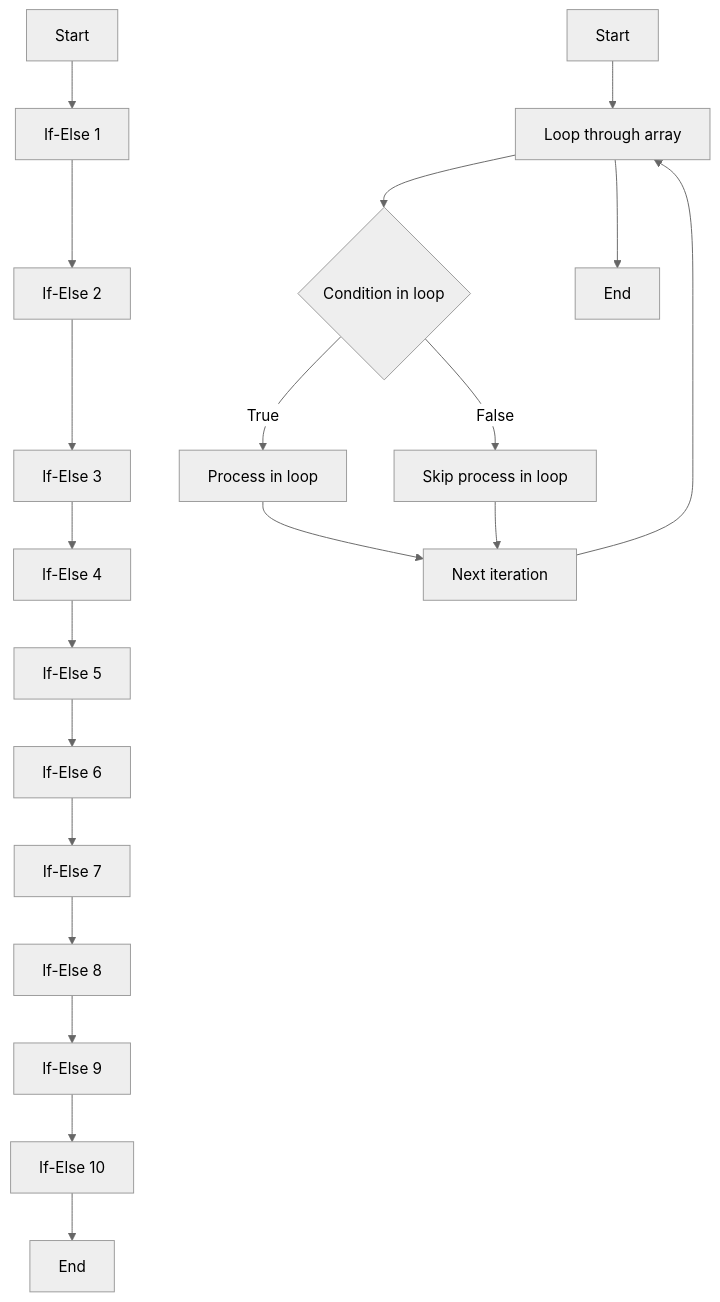
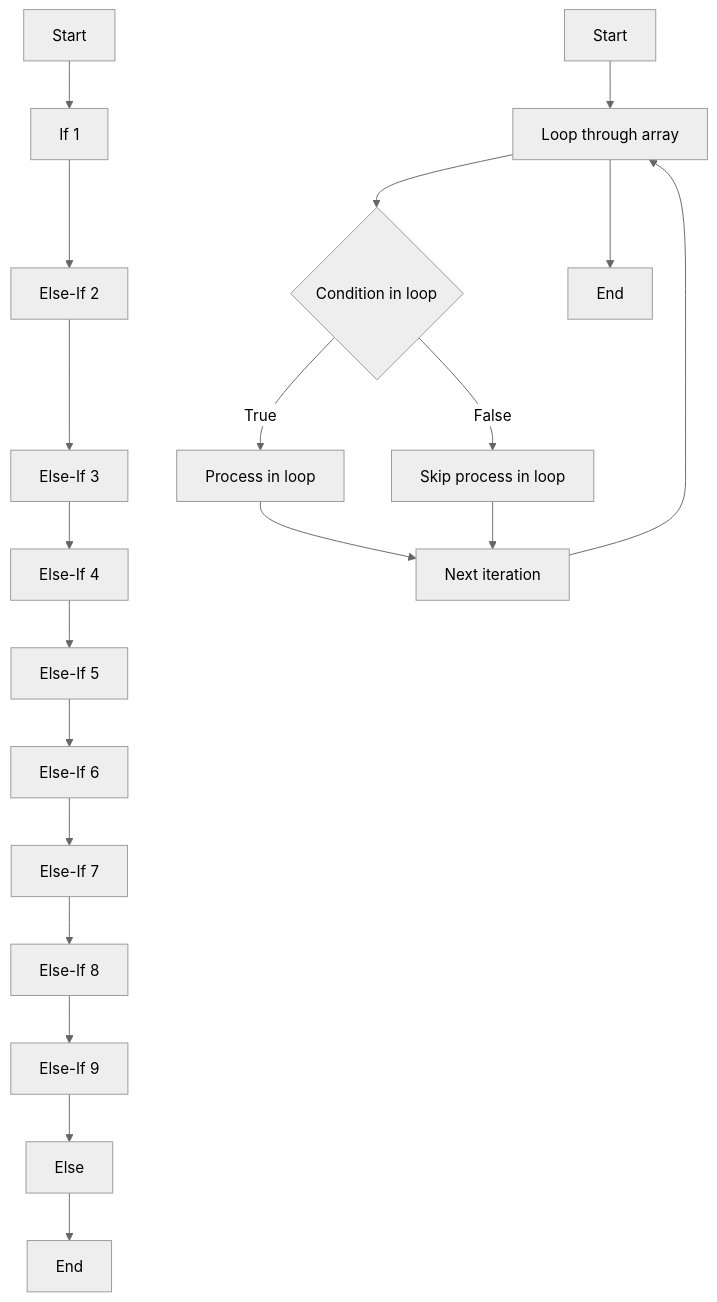
One commit to Alex-Rafter/wiki changed the third of 3 diagrams in daily/2023-05-13.md. Above: the diagram before and after it, drawn with Mermaid (neutral theme).

````diff
--- a/daily/2023-05-13.md
+++ b/daily/2023-05-13.md
@@ -80,26 +80,26 @@
 ```mermaid
 
 flowchart TD
-A[Start] --> B[If-Else 1]
-B --> C[If-Else 2]
-C --> D[If-Else 3]
-D --> E[If-Else 4]
-E --> F[If-Else 5]
-F --> G[If-Else 6]
-G --> H[If-Else 7]
-H --> I[If-Else 8]
-I --> J[If-Else 9]
-J --> K[If-Else 10]
+A[Start] --> B[If 1]
+B --> C[Else-If 2]
+C --> D[Else-If 3]
+D --> E[Else-If 4]
+E --> F[Else-If 5]
+F --> G[Else-If 6]
+G --> H[Else-If 7]
+H --> I[Else-If 8]
+I --> J[Else-If 9]
+J --> K[Else]
 K --> L[End]
 
 
 M[Start] --> N[Loop through array]
 N --> O{Condition in loop}
 O -- True --> P[Process in loop]
 O -- False --> Q[Skip process in loop]
 P --> R[Next iteration]
 Q --> R
 R --> N
 N --> S[End]
 
 ```
````
